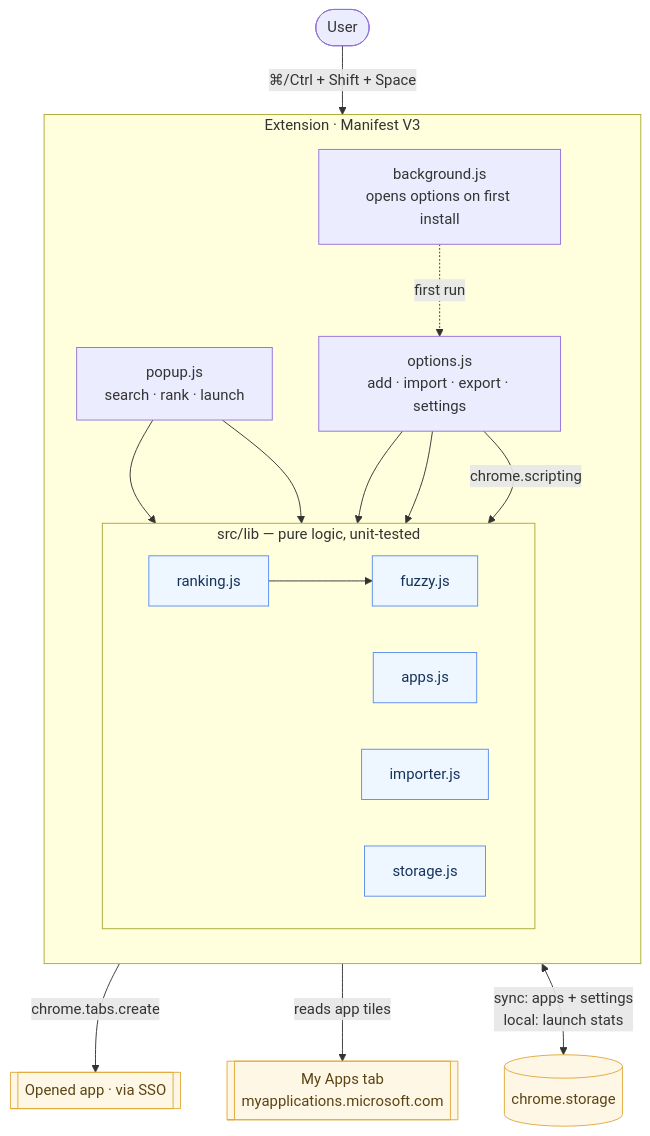
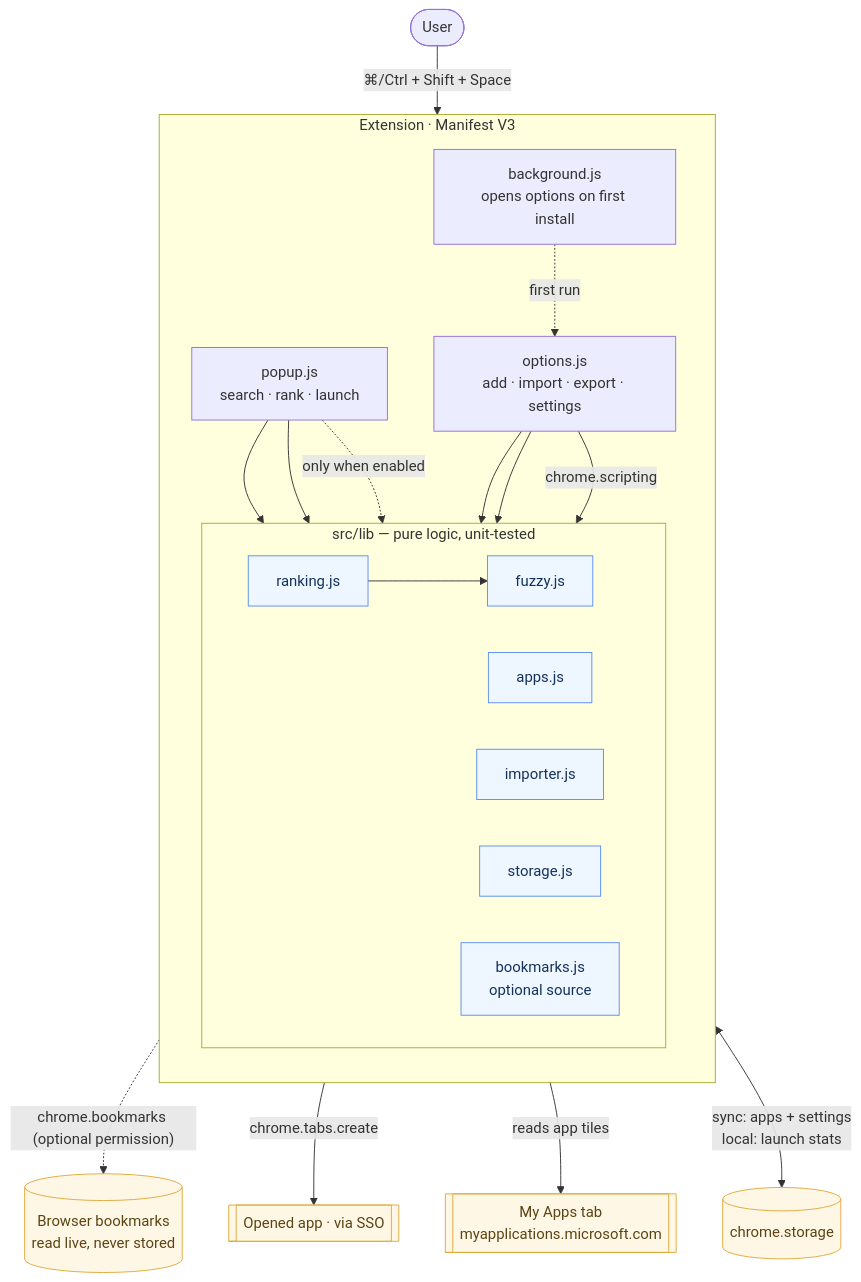
The first of 2 diagrams in docs/architecture.md (sapn95/beeline), drawn with Mermaid before and after one commit. The commit also changed other lines of this file and 20 other files, not shown here.

First line of the commit message:
feat: search the browser's bookmarks as an optional second source

````diff
--- a/docs/architecture.md
+++ b/docs/architecture.md
@@ -11,42 +11,46 @@
 ```mermaid
 flowchart TB
   user(["User"])
 
   subgraph ext["Extension · Manifest V3"]
     direction TB
     popup["popup.js<br/>search · rank · launch"]
     options["options.js<br/>add · import · export · settings"]
     bg["background.js<br/>opens options on first install"]
 
     subgraph lib["src/lib — pure logic, unit-tested"]
       direction LR
       ranking["ranking.js"] --> fuzzy["fuzzy.js"]
       apps["apps.js"]
       importer["importer.js"]
       storage["storage.js"]
+      bookmarksLib["bookmarks.js<br/>optional source"]
     end
   end
 
   store[("chrome.storage")]
+  marks[("Browser bookmarks<br/>read live, never stored")]
   myapps[["My Apps tab<br/>myapplications.microsoft.com"]]
   opened[["Opened app · via SSO"]]
 
   user -->|"⌘/Ctrl + Shift + Space"| popup
   bg -. first run .-> options
 
   popup --> ranking
   popup --> storage
+  popup -.->|"only when enabled"| bookmarksLib
+  bookmarksLib -.->|"chrome.bookmarks (optional permission)"| marks
   popup -->|"chrome.tabs.create"| opened
 
   options --> apps
   options --> storage
   options -->|"chrome.scripting"| importer
   importer -->|"reads app tiles"| myapps
 
   storage <-->|"sync: apps + settings<br/>local: launch stats"| store
 
   classDef pure fill:#eef6ff,stroke:#5b8def,color:#15325b;
   classDef extern fill:#fff7e6,stroke:#e0a93b,color:#5b4413;
-  class ranking,fuzzy,apps,importer,storage pure;
-  class store,myapps,opened extern;
+  class ranking,fuzzy,apps,importer,storage,bookmarksLib pure;
+  class store,marks,myapps,opened extern;
 ```
````
